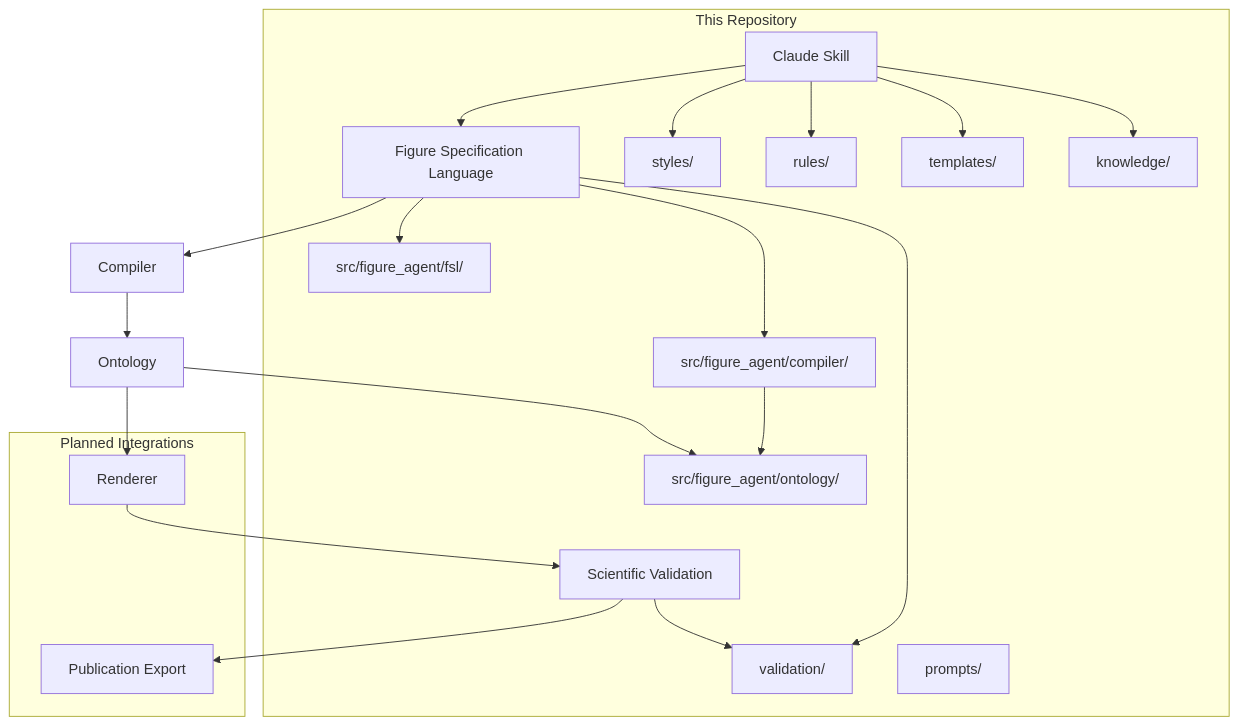
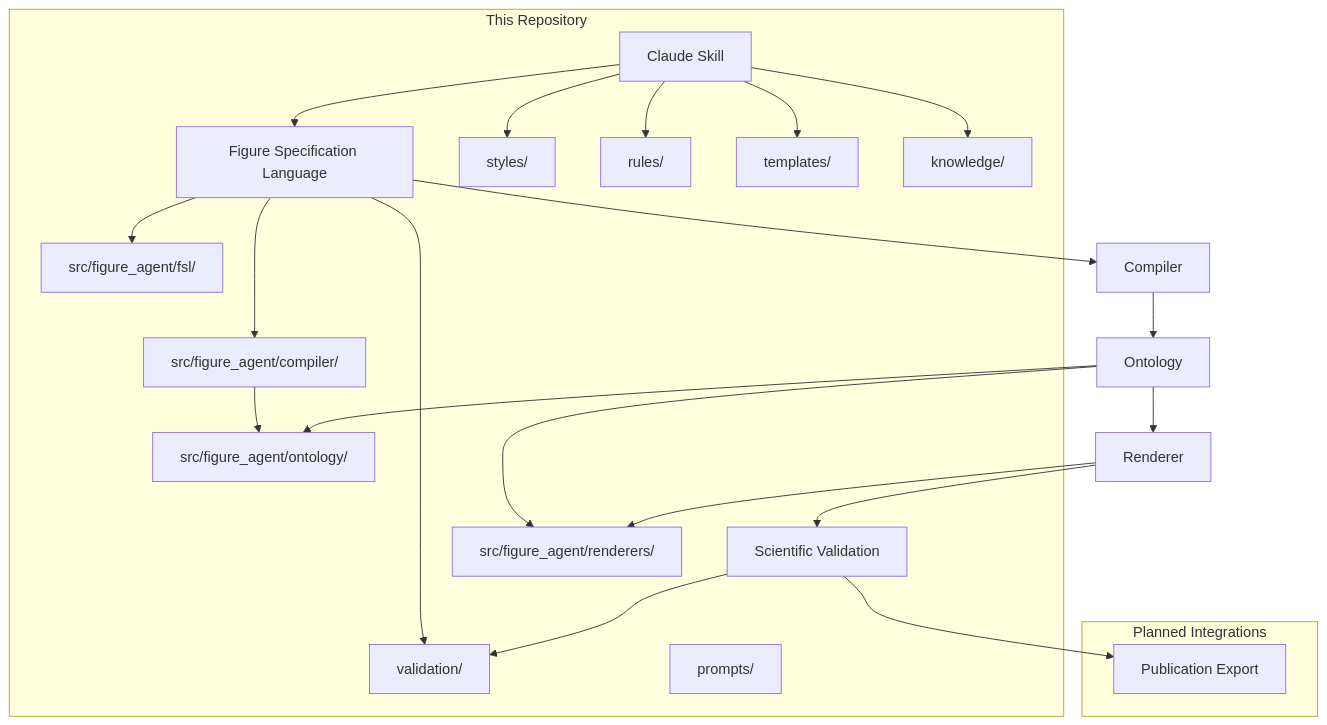
One commit to insight2017aquib/MedicinalChemistryFigureDesigner changed the first of 7 diagrams in docs/Architecture.md. Above: the diagram before and after it, drawn with Mermaid. The commit also changed other lines of this file and 16 other files, not shown here.

````diff
--- a/docs/Architecture.md
+++ b/docs/Architecture.md
@@ -28,41 +28,43 @@
 ```mermaid
 flowchart TD
     A[Claude Skill] --> B[Figure Specification Language]
     B --> C[Compiler]
     C --> O[Ontology]
     O --> R[Renderer]
     R --> E[Scientific Validation]
     E --> F[Publication Export]
 
     subgraph repo [This Repository]
         A
         B
         B2[src/figure_agent/fsl/]
         C2[src/figure_agent/compiler/]
         O2[src/figure_agent/ontology/]
+        R2[src/figure_agent/renderers/]
         E
         G[styles/]
         H[rules/]
         I[templates/]
         J[knowledge/]
         K[validation/]
         L[prompts/]
     end
 
     B --> B2
     B --> C2
     C2 --> O2
     O --> O2
+    O --> R2
+    R --> R2
 
     subgraph external [Planned Integrations]
-        R
         F
     end
 
     A --> G
     A --> H
     A --> I
     A --> J
     B --> K
     E --> K
 ```
````
